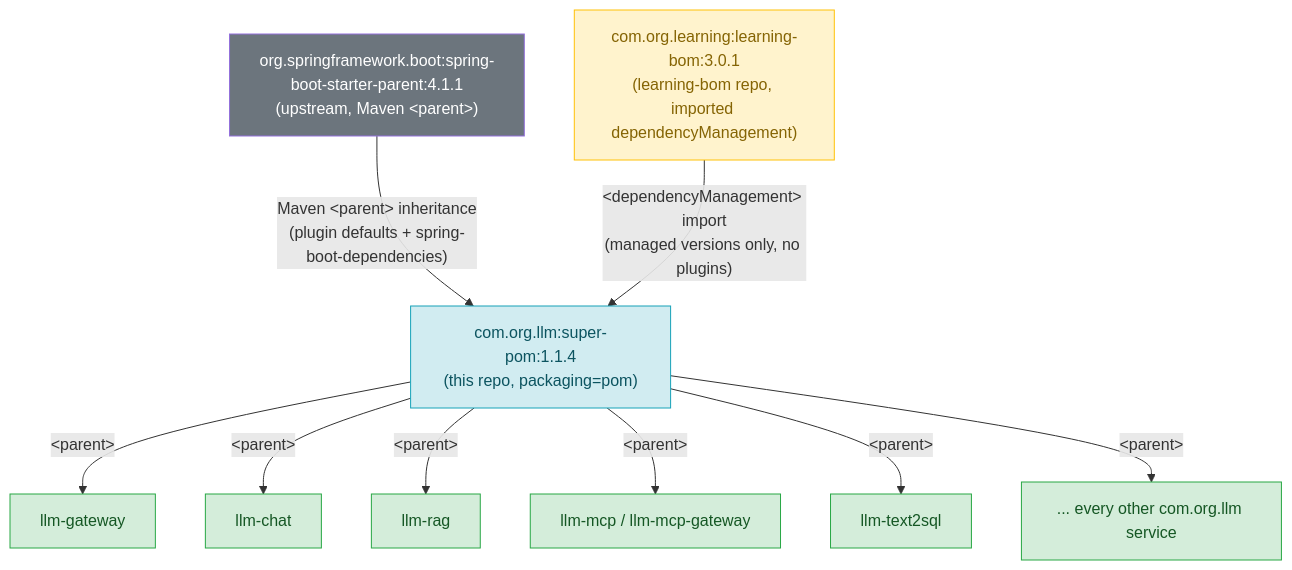
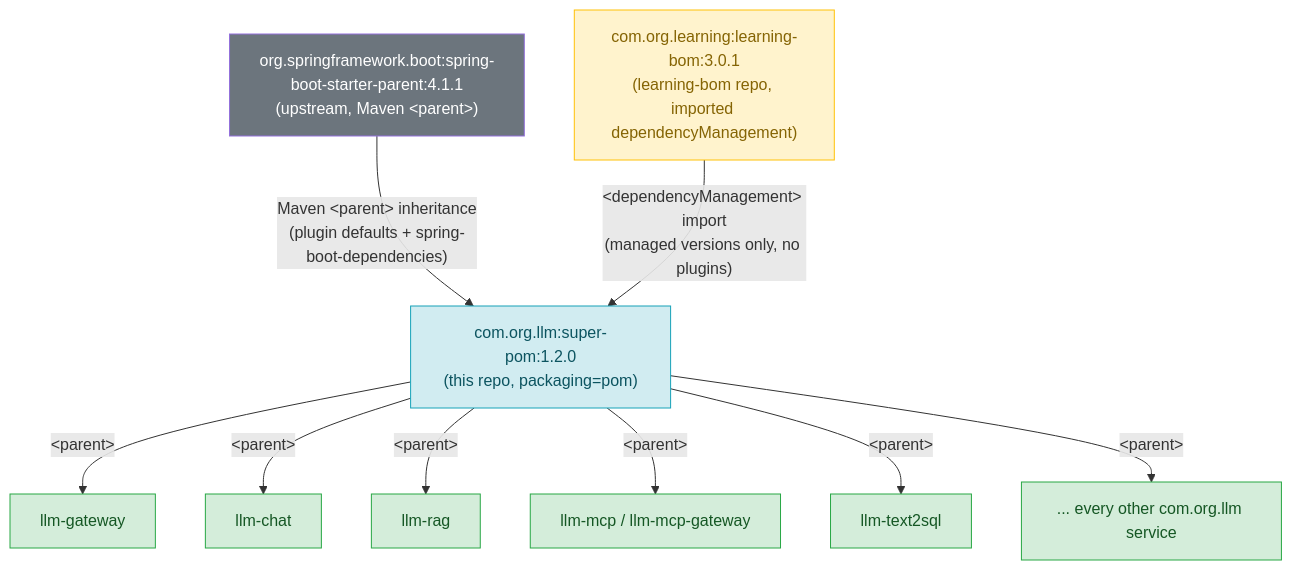
Before and after one commit to himnay/super-pom: the first of 2 diagrams in README.md, drawn with Mermaid. The commit also changed other lines of this file and 1 other file, not shown here.

First line of the commit message:
Release super-pom 1.2.0: Java 27 baseline

````diff
--- a/README.md
+++ b/README.md
@@ -222,26 +222,26 @@
 ```mermaid
 graph TD
     SBSP["org.springframework.boot:spring-boot-starter-parent:4.1.1<br/>(upstream, Maven &lt;parent&gt;)"]
     BOM["com.org.learning:learning-bom:3.0.1<br/>(learning-bom repo, imported dependencyManagement)"]
-    SP["com.org.llm:super-pom:1.1.4<br/>(this repo, packaging=pom)"]
+    SP["com.org.llm:super-pom:1.2.0<br/>(this repo, packaging=pom)"]
 
     SBSP -->|"Maven &lt;parent&gt; inheritance<br/>(plugin defaults + spring-boot-dependencies)"| SP
     BOM -->|"&lt;dependencyManagement&gt; import<br/>(managed versions only, no plugins)"| SP
 
     SP -->|"&lt;parent&gt;"| LG[llm-gateway]
     SP -->|"&lt;parent&gt;"| LC[llm-chat]
     SP -->|"&lt;parent&gt;"| LR[llm-rag]
     SP -->|"&lt;parent&gt;"| LM[llm-mcp / llm-mcp-gateway]
     SP -->|"&lt;parent&gt;"| LT[llm-text2sql]
     SP -->|"&lt;parent&gt;"| LO[... every other com.org.llm service]
 
     style SBSP fill:#6c757d,color:#fff
     style BOM fill:#fff3cd,color:#856404,stroke:#ffc107
     style SP fill:#d1ecf1,color:#0c5460,stroke:#17a2b8
     style LG fill:#d4edda,color:#155724,stroke:#28a745
     style LC fill:#d4edda,color:#155724,stroke:#28a745
     style LR fill:#d4edda,color:#155724,stroke:#28a745
     style LM fill:#d4edda,color:#155724,stroke:#28a745
     style LT fill:#d4edda,color:#155724,stroke:#28a745
     style LO fill:#d4edda,color:#155724,stroke:#28a745
 ```
````
